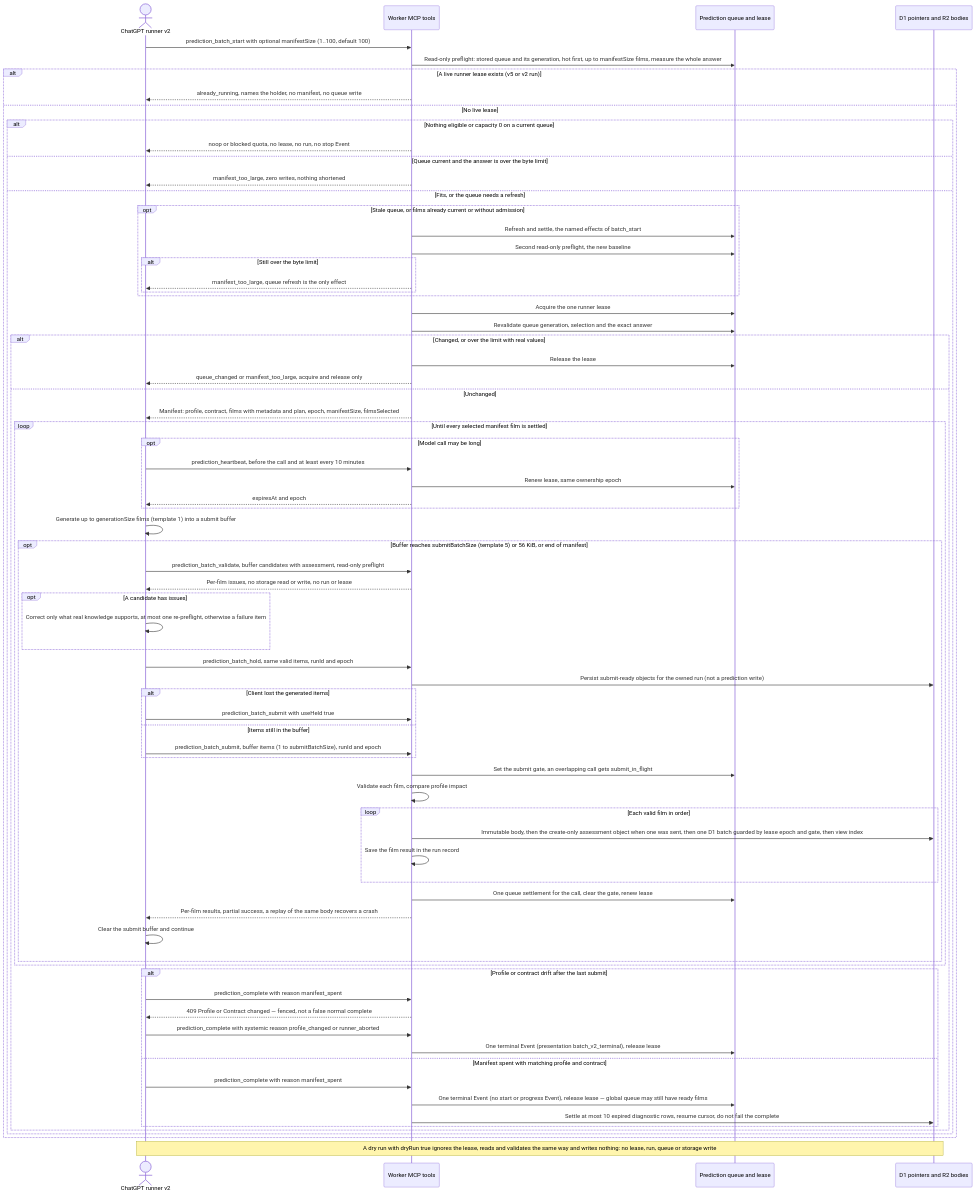
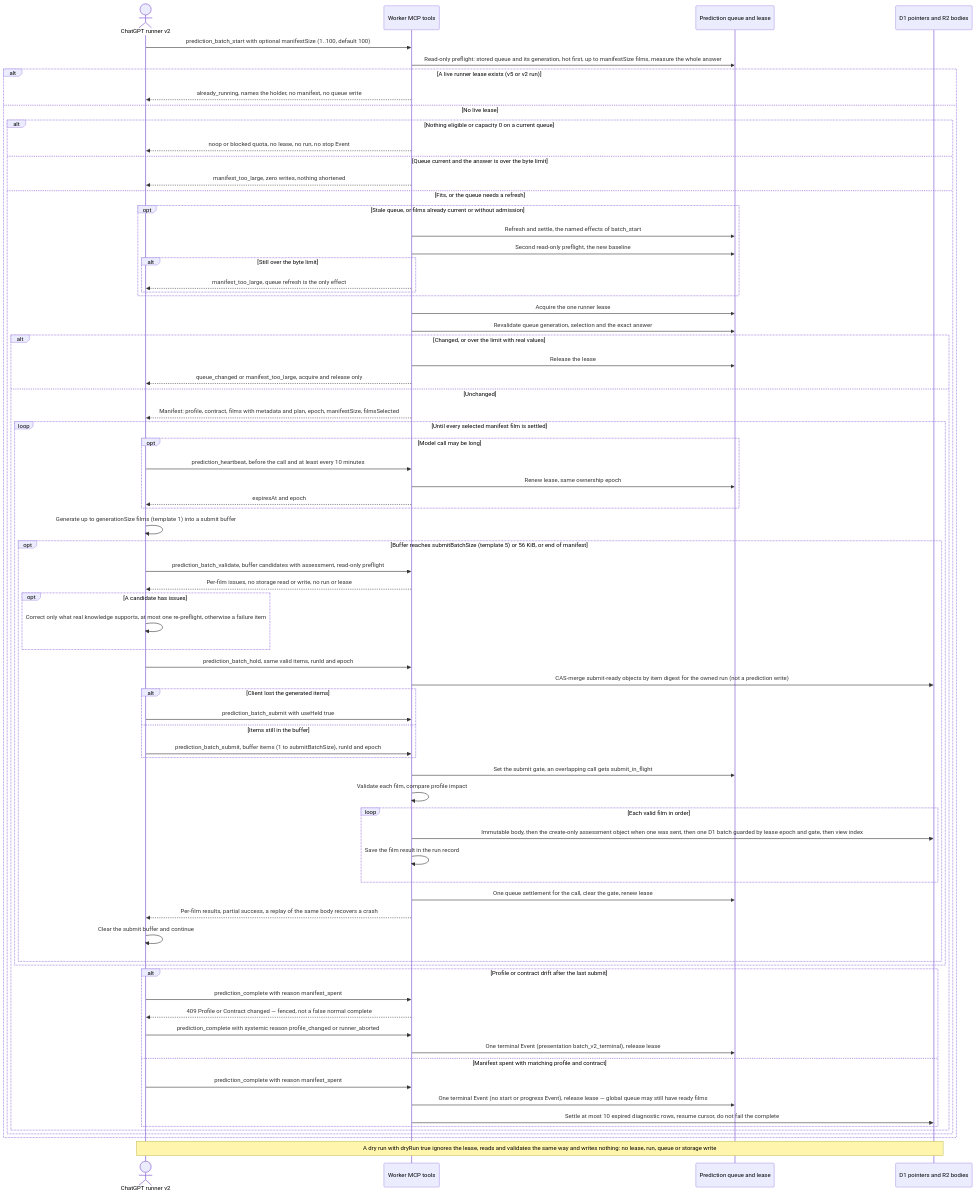
One commit to vladimino/iptv-watchlist changed the second of 3 diagrams in docs/architecture/prediction-pipeline.md. Above: the diagram before and after it, drawn with Mermaid. The commit also changed other lines of this file and 9 other files, not shown here.

First line of the commit message:
AIR-510: keep live-prompt external_termination; CAS-merge holds

````diff
--- a/docs/architecture/prediction-pipeline.md
+++ b/docs/architecture/prediction-pipeline.md
@@ -71,76 +71,76 @@
 ```mermaid
 sequenceDiagram
     actor Client as ChatGPT runner v2
     participant MCP as Worker MCP tools
     participant Queue as Prediction queue and lease
     participant Store as D1 pointers and R2 bodies
     Client->>MCP: prediction_batch_start with optional manifestSize (1..100, default 100)
     MCP->>Queue: Read-only preflight: stored queue and its generation, hot first, up to manifestSize films, measure the whole answer
     alt A live runner lease exists (v5 or v2 run)
         MCP-->>Client: already_running, names the holder, no manifest, no queue write
     else No live lease
         alt Nothing eligible or capacity 0 on a current queue
             MCP-->>Client: noop or blocked quota, no lease, no run, no stop Event
         else Queue current and the answer is over the byte limit
             MCP-->>Client: manifest_too_large, zero writes, nothing shortened
         else Fits, or the queue needs a refresh
             opt Stale queue, or films already current or without admission
                 MCP->>Queue: Refresh and settle, the named effects of batch_start
                 MCP->>Queue: Second read-only preflight, the new baseline
                 alt Still over the byte limit
                     MCP-->>Client: manifest_too_large, queue refresh is the only effect
                 end
             end
             MCP->>Queue: Acquire the one runner lease
             MCP->>Queue: Revalidate queue generation, selection and the exact answer
             alt Changed, or over the limit with real values
                 MCP->>Queue: Release the lease
                 MCP-->>Client: queue_changed or manifest_too_large, acquire and release only
             else Unchanged
                 MCP-->>Client: Manifest: profile, contract, films with metadata and plan, epoch, manifestSize, filmsSelected
                 loop Until every selected manifest film is settled
                     opt Model call may be long
                         Client->>MCP: prediction_heartbeat, before the call and at least every 10 minutes
                         MCP->>Queue: Renew lease, same ownership epoch
                         MCP-->>Client: expiresAt and epoch
                     end
                     Client->>Client: Generate up to generationSize films (template 1) into a submit buffer
                     opt Buffer reaches submitBatchSize (template 5) or 56 KiB, or end of manifest
                         Client->>MCP: prediction_batch_validate, buffer candidates with assessment, read-only preflight
                         MCP-->>Client: Per-film issues, no storage read or write, no run or lease
                         opt A candidate has issues
                             Client->>Client: Correct only what real knowledge supports, at most one re-preflight, otherwise a failure item
                         end
                         Client->>MCP: prediction_batch_hold, same valid items, runId and epoch
-                        MCP->>Store: Persist submit-ready objects for the owned run (not a prediction write)
+                        MCP->>Store: CAS-merge submit-ready objects by item digest for the owned run (not a prediction write)
                         alt Client lost the generated items
                             Client->>MCP: prediction_batch_submit with useHeld true
                         else Items still in the buffer
                             Client->>MCP: prediction_batch_submit, buffer items (1 to submitBatchSize), runId and epoch
                         end
                         MCP->>Queue: Set the submit gate, an overlapping call gets submit_in_flight
                         MCP->>MCP: Validate each film, compare profile impact
                         loop Each valid film in order
                             MCP->>Store: Immutable body, then the create-only assessment object when one was sent, then one D1 batch guarded by lease epoch and gate, then view index
                             MCP->>MCP: Save the film result in the run record
                         end
                         MCP->>Queue: One queue settlement for the call, clear the gate, renew lease
                         MCP-->>Client: Per-film results, partial success, a replay of the same body recovers a crash
                         Client->>Client: Clear the submit buffer and continue
                     end
                 end
                 alt Profile or contract drift after the last submit
                     Client->>MCP: prediction_complete with reason manifest_spent
                     MCP-->>Client: 409 Profile or Contract changed — fenced, not a false normal complete
                     Client->>MCP: prediction_complete with systemic reason profile_changed or runner_aborted
                     MCP->>Queue: One terminal Event (presentation batch_v2_terminal), release lease
                 else Manifest spent with matching profile and contract
                     Client->>MCP: prediction_complete with reason manifest_spent
                     MCP->>Queue: One terminal Event (no start or progress Event), release lease — global queue may still have ready films
                     MCP->>Store: Settle at most 10 expired diagnostic rows, resume cursor, do not fail the complete
                 end
             end
         end
     end
     Note over Client,Store: A dry run with dryRun true ignores the lease, reads and validates the same way and writes nothing: no lease, run, queue or storage write
 ```
````
